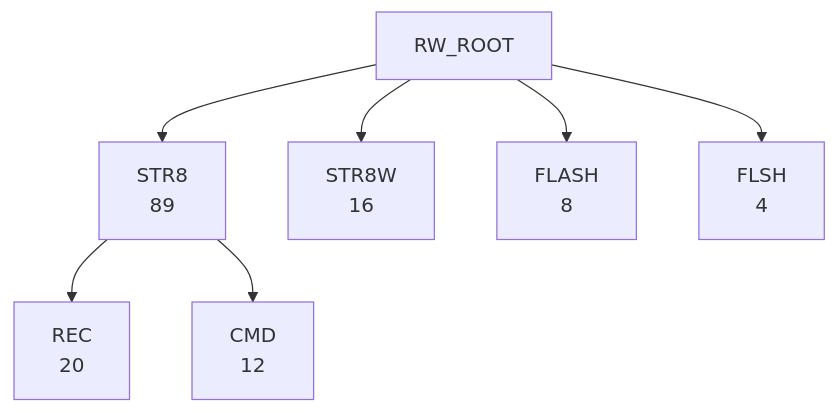
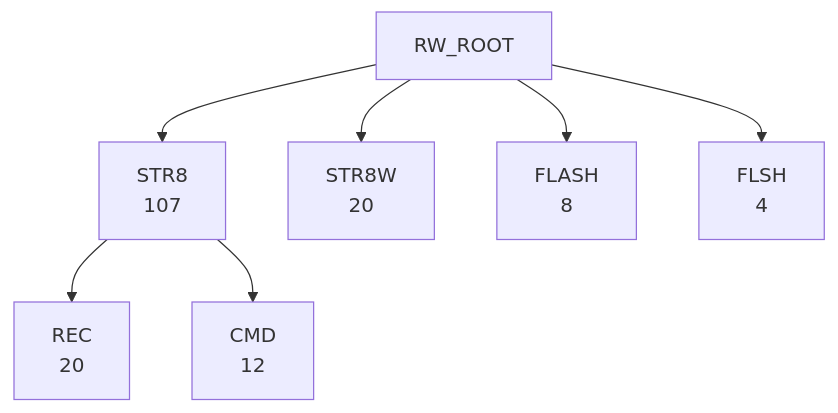
Before and after one commit to 95westus/R-YORS: the fifth of 6 diagrams in DOC/GENERATED/ROUTINE_WORD_TREE.md, drawn with Mermaid. The commit also changed other lines of this file and 40 other files, not shown here.

````diff
--- a/DOC/GENERATED/ROUTINE_WORD_TREE.md
+++ b/DOC/GENERATED/ROUTINE_WORD_TREE.md
@@ -78,9 +78,9 @@
 ```mermaid
 flowchart TD
-    RW_ROOT --> RW_STR8["STR8<br/>89"]
-    RW_ROOT --> RW_STR8W["STR8W<br/>16"]
+    RW_ROOT --> RW_STR8["STR8<br/>107"]
+    RW_ROOT --> RW_STR8W["STR8W<br/>20"]
     RW_ROOT --> RW_FLASH["FLASH<br/>8"]
     RW_ROOT --> RW_FLSH["FLSH<br/>4"]
     RW_STR8 --> RW_STR8_REC["REC<br/>20"]
     RW_STR8 --> RW_STR8_CMD["CMD<br/>12"]
 ```
````
